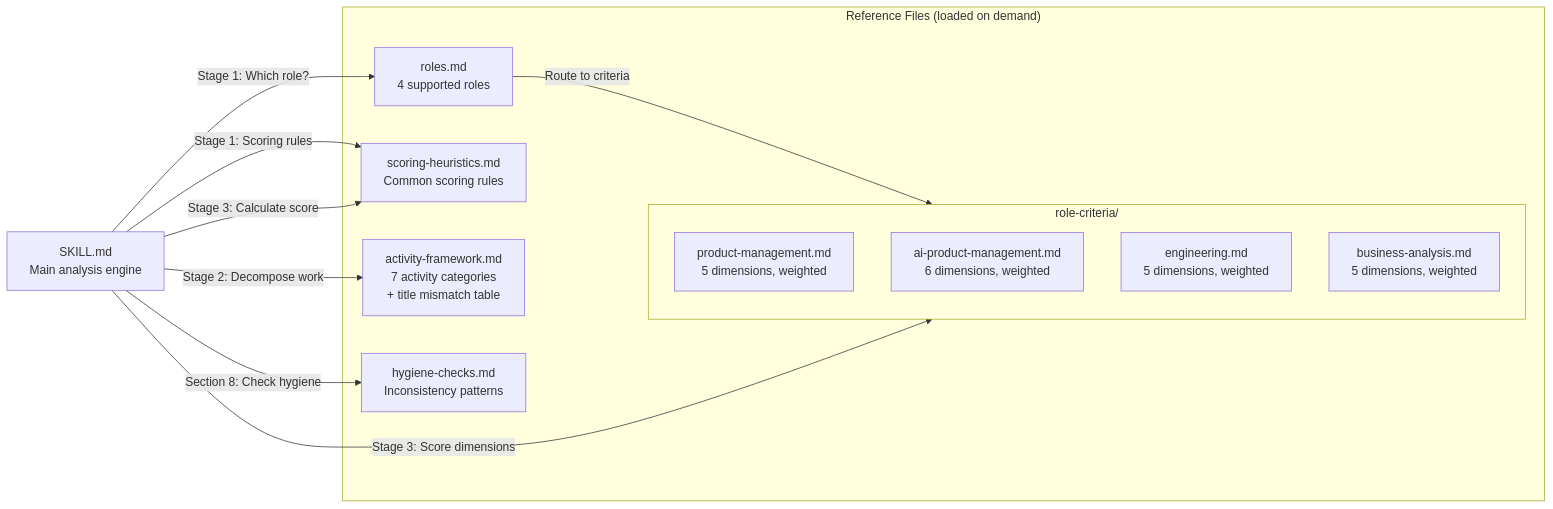
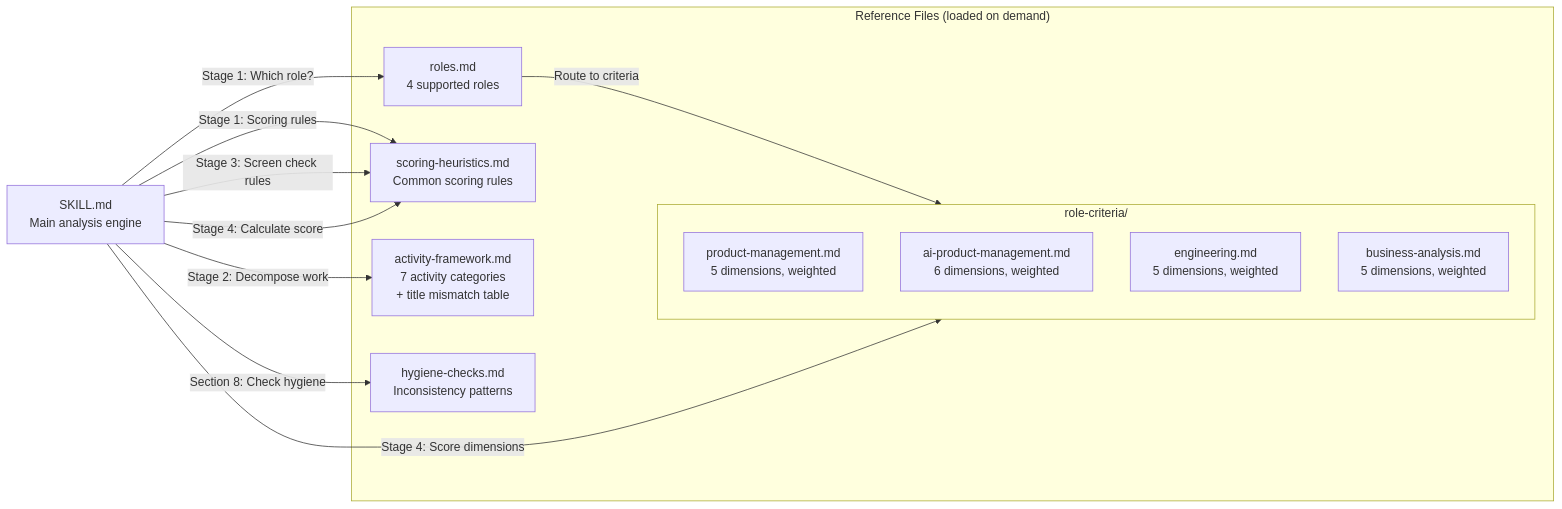
Before and after one commit to dj-chow/job-fit-analyzer: the second of 3 diagrams in ARCHITECTURE.md, drawn with Mermaid. The commit also changed other lines of this file and 4 other files, not shown here.

First line of the commit message:
feat: add two-layer evaluation model (screen check + fit score)

````diff
--- a/ARCHITECTURE.md
+++ b/ARCHITECTURE.md
@@ -62,26 +73,27 @@
 ```mermaid
 flowchart LR
     SKILL["SKILL.md<br/>Main analysis engine"]
 
     subgraph REFS["Reference Files (loaded on demand)"]
         ROLES["roles.md<br/>4 supported roles"]
         HEURISTICS["scoring-heuristics.md<br/>Common scoring rules"]
         ACTIVITY["activity-framework.md<br/>7 activity categories<br/>+ title mismatch table"]
         HYGIENE["hygiene-checks.md<br/>Inconsistency patterns"]
 
         subgraph CRITERIA["role-criteria/"]
             PM["product-management.md<br/>5 dimensions, weighted"]
             AIPM["ai-product-management.md<br/>6 dimensions, weighted"]
             ENG["engineering.md<br/>5 dimensions, weighted"]
             BA["business-analysis.md<br/>5 dimensions, weighted"]
         end
     end
 
     SKILL -->|"Stage 1: Which role?"| ROLES
     ROLES -->|"Route to criteria"| CRITERIA
     SKILL -->|"Stage 1: Scoring rules"| HEURISTICS
     SKILL -->|"Stage 2: Decompose work"| ACTIVITY
-    SKILL -->|"Stage 3: Score dimensions"| CRITERIA
-    SKILL -->|"Stage 3: Calculate score"| HEURISTICS
+    SKILL -->|"Stage 3: Screen check rules"| HEURISTICS
+    SKILL -->|"Stage 4: Score dimensions"| CRITERIA
+    SKILL -->|"Stage 4: Calculate score"| HEURISTICS
     SKILL -->|"Section 8: Check hygiene"| HYGIENE
 ```
````
